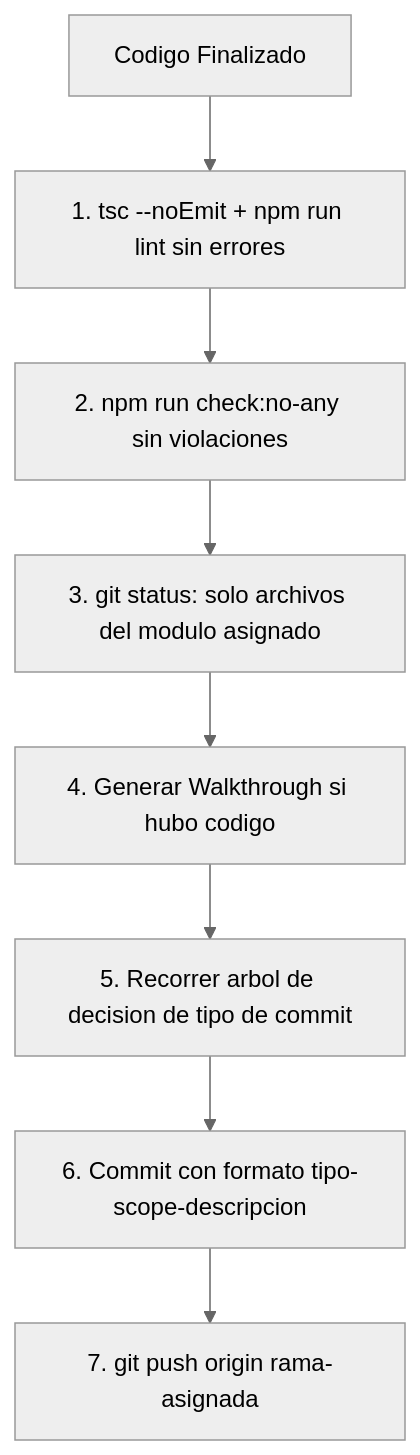
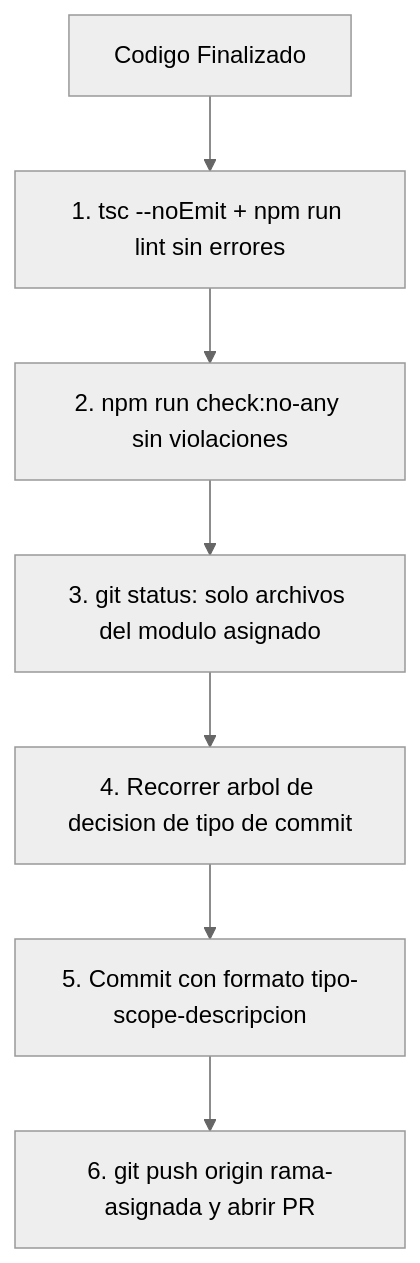
The second of 2 diagrams in docs/00_SISTEMA/02_GUIAS_Y_ESTANDARES/GUIA_GIT_COMMITS_Y_PUSH.md (pintuclic/pintuclic.com), drawn with Mermaid (neutral theme) before and after one commit. The commit also changed other lines of this file and 162 other files, not shown here.

````diff
--- a/docs/00_SISTEMA/02_GUIAS_Y_ESTANDARES/GUIA_GIT_COMMITS_Y_PUSH.md
+++ b/docs/00_SISTEMA/02_GUIAS_Y_ESTANDARES/GUIA_GIT_COMMITS_Y_PUSH.md
@@ -288,10 +280,9 @@
 ```mermaid
 graph TD
     A[Codigo Finalizado] --> B[1. tsc --noEmit + npm run lint sin errores]
     B --> C[2. npm run check:no-any sin violaciones]
     C --> D[3. git status: solo archivos del modulo asignado]
-    D --> E[4. Generar Walkthrough si hubo codigo]
-    E --> F[5. Recorrer arbol de decision de tipo de commit]
-    F --> G[6. Commit con formato tipo-scope-descripcion]
-    G --> H[7. git push origin rama-asignada]
+    D --> E[4. Recorrer arbol de decision de tipo de commit]
+    E --> F[5. Commit con formato tipo-scope-descripcion]
+    F --> G[6. git push origin rama-asignada y abrir PR]
 ```
````
